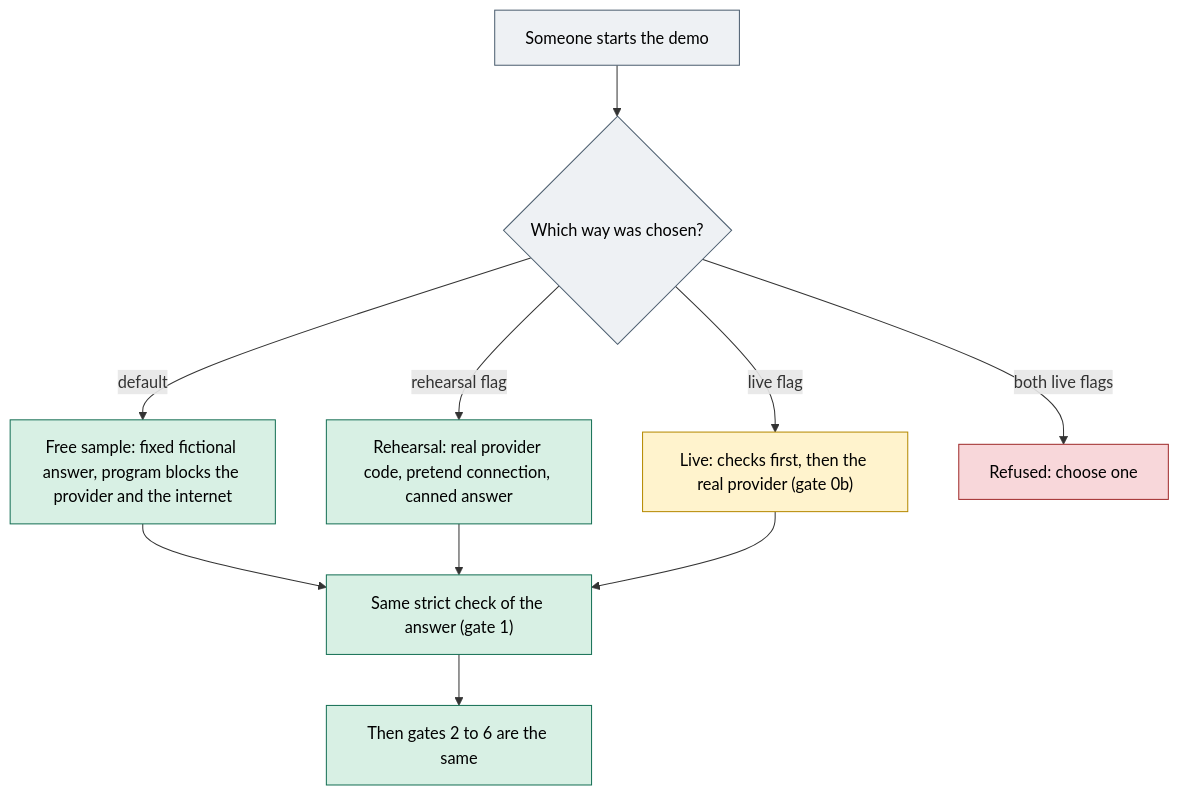
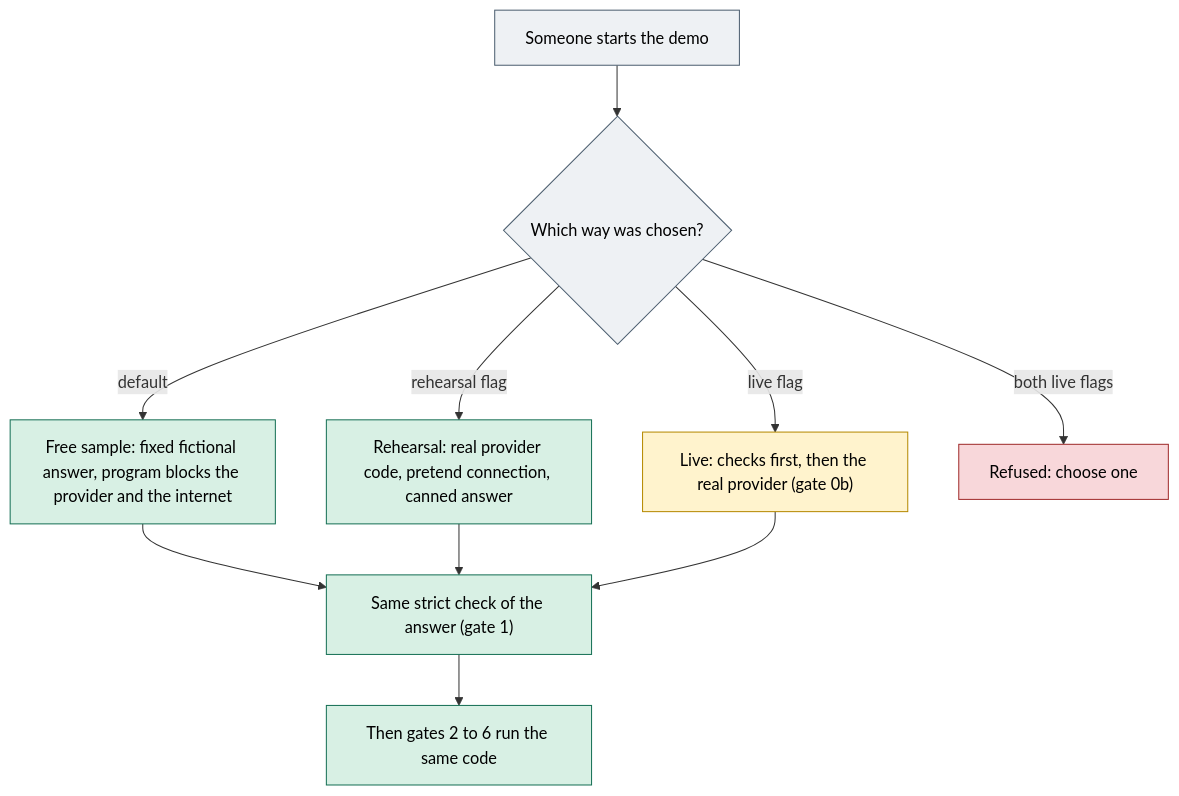
The diagram in docs/how-it-works/00a-three-ways-to-run.md (CarlitosRed/advance-po-reader), drawn with Mermaid before and after one commit. The commit also changed other lines of this file and 2 other files, not shown here.

````diff
--- a/docs/how-it-works/00a-three-ways-to-run.md
+++ b/docs/how-it-works/00a-three-ways-to-run.md
@@ -18,20 +18,20 @@
 ```mermaid
 flowchart TD
   START["Someone starts the demo"] --> MODE{"Which way was chosen?"}
   MODE -->|"default"| FREE["Free sample: fixed fictional answer, program blocks the provider and the internet"]
   MODE -->|"rehearsal flag"| REH["Rehearsal: real provider code, pretend connection, canned answer"]
   MODE -->|"live flag"| LIVE["Live: checks first, then the real provider (gate 0b)"]
   MODE -->|"both live flags"| BAD["Refused: choose one"]
   FREE --> CHECK["Same strict check of the answer (gate 1)"]
   REH --> CHECK
   LIVE --> CHECK
-  CHECK --> REST["Then gates 2 to 6 are the same"]
+  CHECK --> REST["Then gates 2 to 6 run the same code"]
   classDef done fill:#d8f0e4,stroke:#167055,color:#000
   classDef later fill:#fff3cd,stroke:#b58900,color:#000
   classDef risk fill:#f8d7da,stroke:#a02c2c,color:#000
   classDef plain fill:#eef1f4,stroke:#4d5f70,color:#000
   class FREE,REH,CHECK,REST done
   class LIVE later
   class BAD risk
   class START,MODE plain
 ```
````
